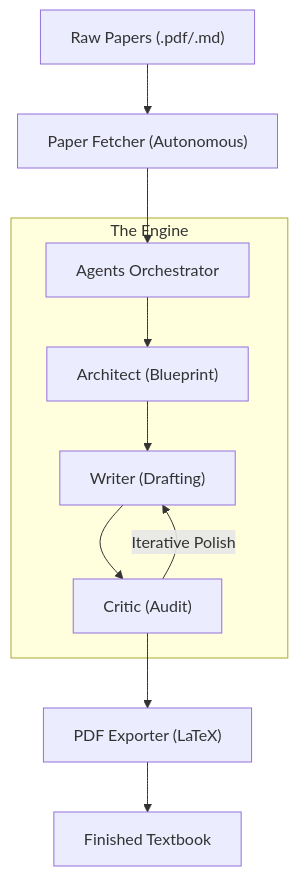
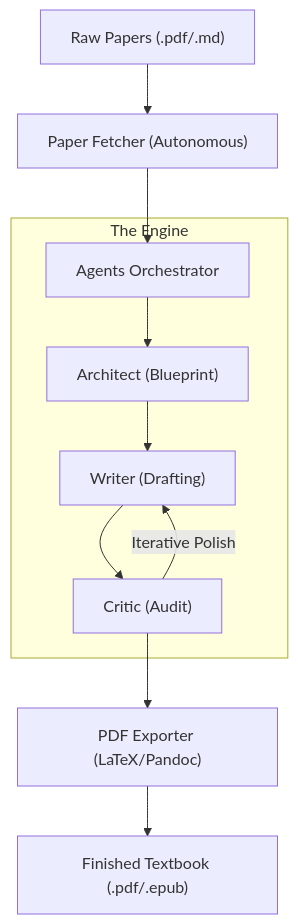
The diagram in README.md (minthanthtoo/antigravity-factory), drawn with Mermaid before and after one commit. The commit also changed other lines of this file and 24 other files, not shown here.

````diff
--- a/README.md
+++ b/README.md
@@ -21,15 +139,15 @@
 ```mermaid
 graph TD
     A["Raw Papers (.pdf/.md)"] --> B["Paper Fetcher (Autonomous)"]
     B --> C["Agents Orchestrator"]
     
     subgraph Engine ["The Engine"]
         C --> D["Architect (Blueprint)"]
         D --> E["Writer (Drafting)"]
         E --> F["Critic (Audit)"]
         F -- "Iterative Polish" --> E
     end
     
-    F --> G["PDF Exporter (LaTeX)"]
-    G --> H["Finished Textbook"]
+    F --> G["PDF Exporter (LaTeX/Pandoc)"]
+    G --> H["Finished Textbook (.pdf/.epub)"]
 ```
````
